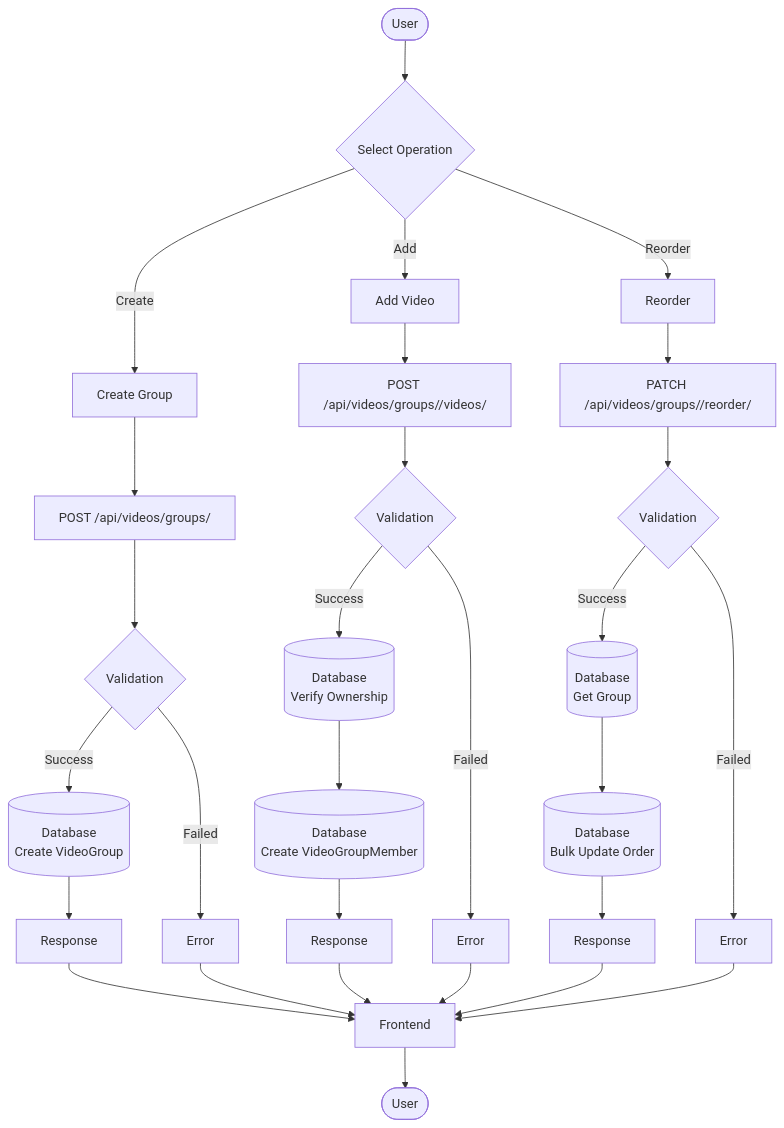
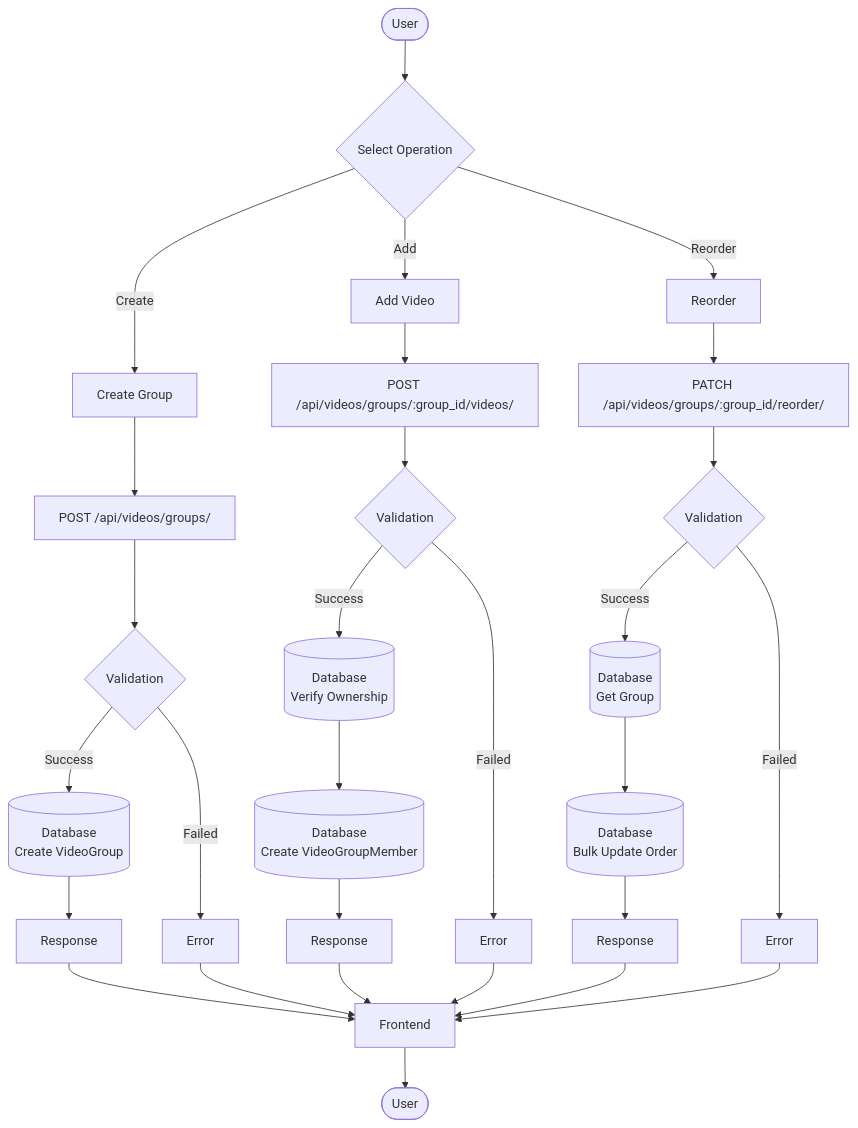
Before and after one commit to yukiharada1228/videoq: the third of 9 diagrams in docs/database/data-flow-diagram.md, drawn with Mermaid. The commit also changed other lines of this file and 1 other file, not shown here.

Commit message:
docs: fix mermaid rendering compatibility

````diff
--- a/docs/database/data-flow-diagram.md
+++ b/docs/database/data-flow-diagram.md
@@ -85,39 +85,39 @@
 ```mermaid
 flowchart TD
     Start([User]) --> Action{Select Operation}
     
     Action -->|Create| Create[Create Group]
     Action -->|Add| Add[Add Video]
     Action -->|Reorder| Reorder[Reorder]
     
     Create --> API1[POST /api/videos/groups/]
-    Add --> API2[POST /api/videos/groups/<group_id>/videos/]
-    Reorder --> API3[PATCH /api/videos/groups/<group_id>/reorder/]
+    Add --> API2[POST /api/videos/groups/:group_id/videos/]
+    Reorder --> API3[PATCH /api/videos/groups/:group_id/reorder/]
     
     API1 --> Validate1{Validation}
     API2 --> Validate2{Validation}
     API3 --> Validate3{Validation}
     
     Validate1 -->|Success| Save1[(Database<br/>Create VideoGroup)]
     Validate2 -->|Success| Check[(Database<br/>Verify Ownership)]
     Validate3 -->|Success| Check2[(Database<br/>Get Group)]
     
     Check --> Save2[(Database<br/>Create VideoGroupMember)]
     Check2 --> Update[(Database<br/>Bulk Update Order)]
     
     Save1 --> Response1[Response]
     Save2 --> Response2[Response]
     Update --> Response3[Response]
     
     Response1 --> Frontend
     Response2 --> Frontend
     Response3 --> Frontend
     Frontend --> End([User])
     
     Validate1 -->|Failed| Error1[Error]
     Validate2 -->|Failed| Error2[Error]
     Validate3 -->|Failed| Error3[Error]
     Error1 --> Frontend
     Error2 --> Frontend
     Error3 --> Frontend
 ```
````
